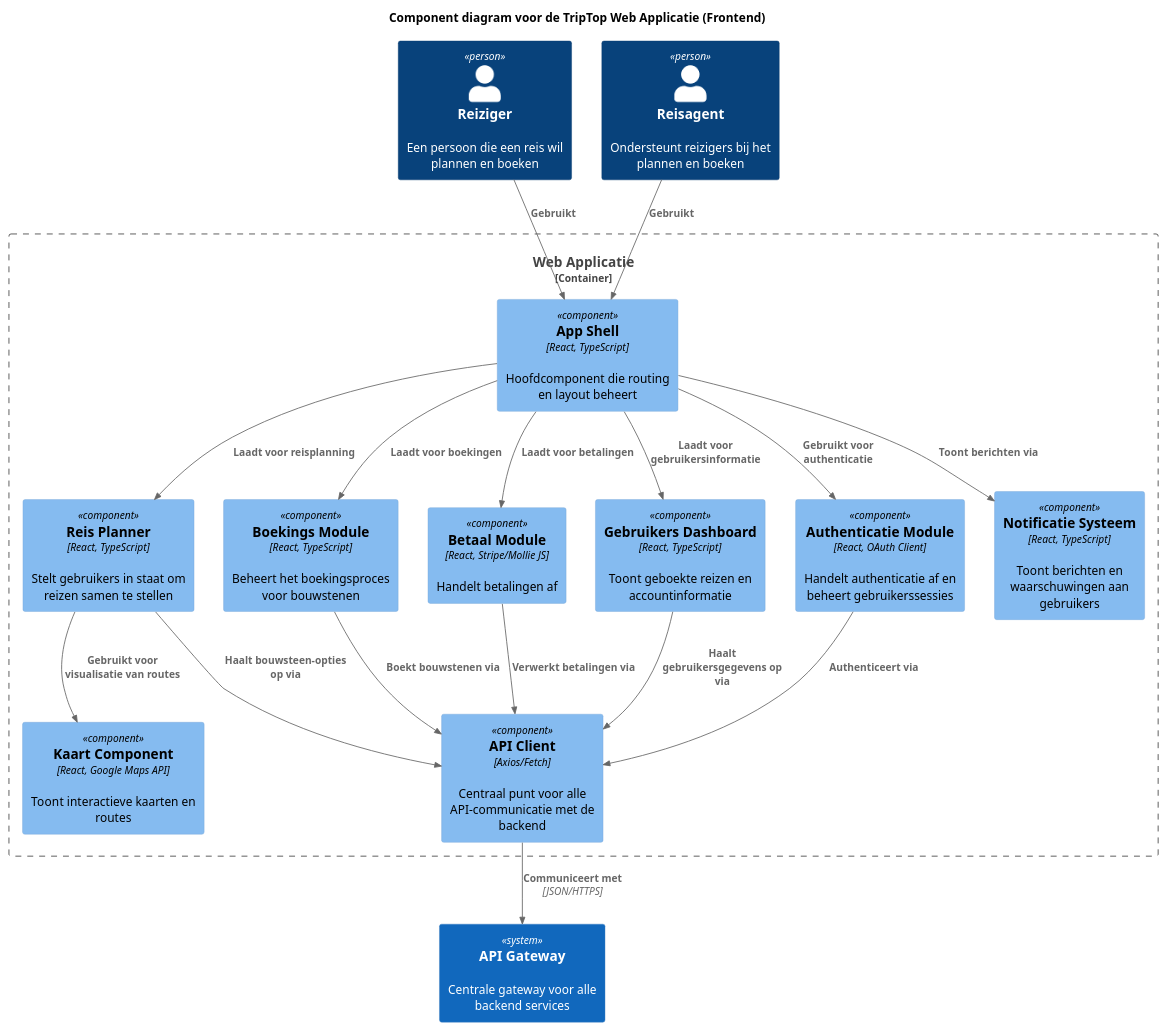
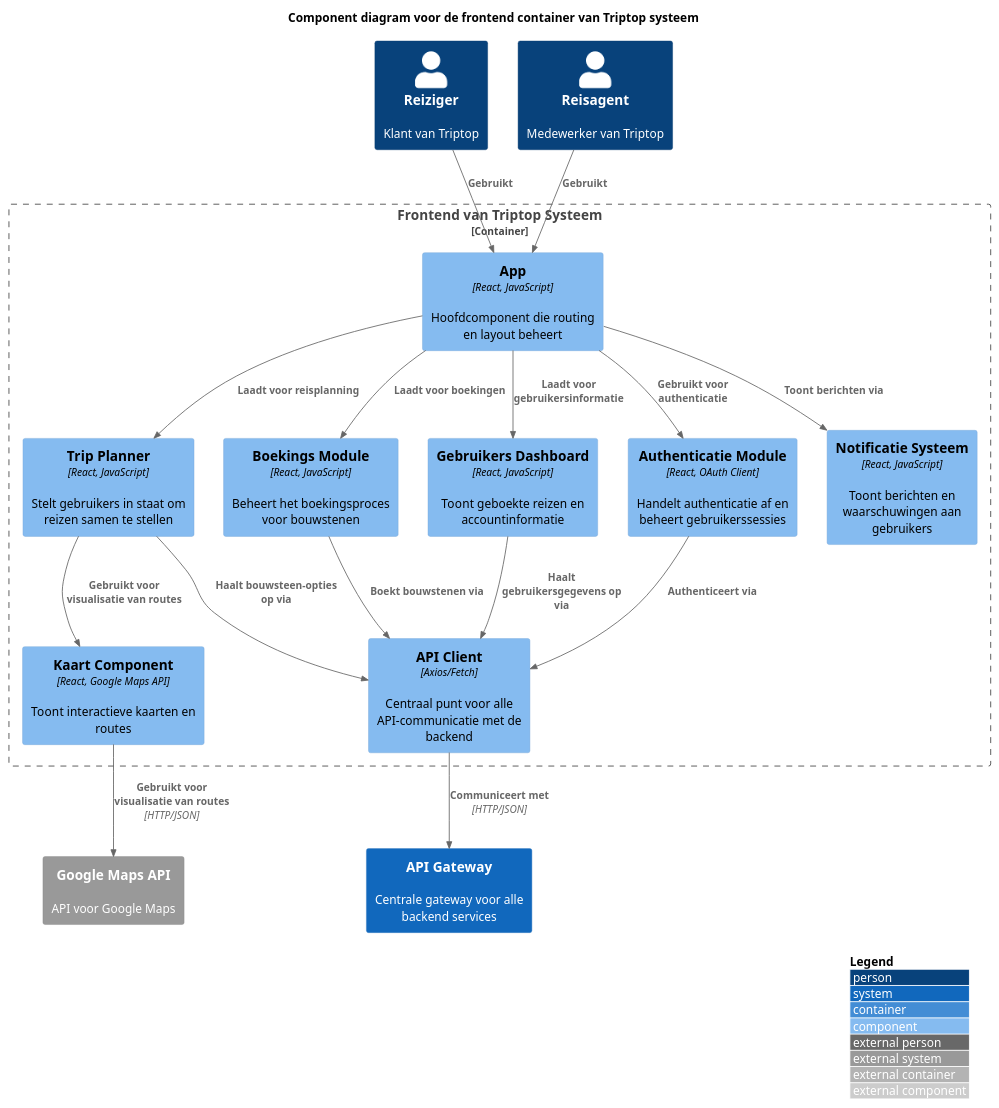
One commit to AIM-ENE-feb25/triptop-groep-b3 changed the diagram in opdracht-diagrammen/component-diagrammen/frontend-component-diagram.puml. Above: the diagram before and after it, drawn with PlantUML. The commit also changed 1 other file, not shown here.

Commit message:
Refactor component diagrams for TripTop by removing the payment service from the backend diagram, updating external system integrations, and enhancing the frontend diagram with improved component descriptions and relationships.

```diff
--- a/opdracht-diagrammen/component-diagrammen/frontend-component-diagram.puml
+++ b/opdracht-diagrammen/component-diagrammen/frontend-component-diagram.puml
@@ -1,52 +1,53 @@
 @startuml Frontend Component Diagram for TripTop
 
 !include <C4/C4>
 !include <C4/C4_Component>
 
-title Component diagram voor de TripTop Web Applicatie (Frontend)
+LAYOUT_WITH_LEGEND()
 
-Container_Boundary(web_app, "Web Applicatie") {
-    Component(app_shell, "App Shell", "React, TypeScript", "Hoofdcomponent die routing en layout beheert")
+title Component diagram voor de frontend container van Triptop systeem
+
+Container_Boundary(web_app, "Frontend van Triptop Systeem") {
+    Component(app_shell, "App", "React, JavaScript", "Hoofdcomponent die routing en layout beheert")
     
     Component(auth_module, "Authenticatie Module", "React, OAuth Client", "Handelt authenticatie af en beheert gebruikerssessies")
     
-    Component(trip_planner, "Reis Planner", "React, TypeScript", "Stelt gebruikers in staat om reizen samen te stellen")
+    Component(trip_planner, "Trip Planner", "React, JavaScript", "Stelt gebruikers in staat om reizen samen te stellen")
     
-    Component(booking_module, "Boekings Module", "React, TypeScript", "Beheert het boekingsproces voor bouwstenen")
-    
-    Component(payment_module, "Betaal Module", "React, Stripe/Mollie JS", "Handelt betalingen af")
-    
-    Component(user_dashboard, "Gebruikers Dashboard", "React, TypeScript", "Toont geboekte reizen en accountinformatie")
+    Component(booking_module, "Boekings Module", "React, JavaScript", "Beheert het boekingsproces voor bouwstenen")
+
+    Component(user_dashboard, "Gebruikers Dashboard", "React, JavaScript", "Toont geboekte reizen en accountinformatie")
     
     Component(map_component, "Kaart Component", "React, Google Maps API", "Toont interactieve kaarten en routes")
     
-    Component(notification_system, "Notificatie Systeem", "React, TypeScript", "Toont berichten en waarschuwingen aan gebruikers")
+    Component(notification_system, "Notificatie Systeem", "React, JavaScript", "Toont berichten en waarschuwingen aan gebruikers")
     
     Component(api_client, "API Client", "Axios/Fetch", "Centraal punt voor alle API-communicatie met de backend")
 }
 
 System(api_gateway, "API Gateway", "Centrale gateway voor alle backend services")
-Person(reiziger, "Reiziger", "Een persoon die een reis wil plannen en boeken")
-Person(reisagent, "Reisagent", "Ondersteunt reizigers bij het plannen en boeken")
+System_Ext(google_maps_api, "Google Maps API", "API voor Google Maps")
+
+Person(reiziger, "Reiziger", "Klant van Triptop")
+Person(reisagent, "Reisagent", "Medewerker van Triptop")
 
 ' Interne relaties
 Rel(app_shell, auth_module, "Gebruikt voor authenticatie")
 Rel(app_shell, trip_planner, "Laadt voor reisplanning")
 Rel(app_shell, booking_module, "Laadt voor boekingen")
-Rel(app_shell, payment_module, "Laadt voor betalingen")
 Rel(app_shell, user_dashboard, "Laadt voor gebruikersinformatie")
 Rel(app_shell, notification_system, "Toont berichten via")
 
 Rel(trip_planner, map_component, "Gebruikt voor visualisatie van routes")
 Rel(trip_planner, api_client, "Haalt bouwsteen-opties op via")
 Rel(booking_module, api_client, "Boekt bouwstenen via")
-Rel(payment_module, api_client, "Verwerkt betalingen via")
 Rel(auth_module, api_client, "Authenticeert via")
 Rel(user_dashboard, api_client, "Haalt gebruikersgegevens op via")
+Rel(map_component, google_maps_api, "Gebruikt voor visualisatie van routes", "HTTP/JSON")
 
 ' Externe relaties
 Rel_D(reiziger, app_shell, "Gebruikt")
 Rel_D(reisagent, app_shell, "Gebruikt")
-Rel_D(api_client, api_gateway, "Communiceert met", "JSON/HTTPS")
+Rel_D(api_client, api_gateway, "Communiceert met", "HTTP/JSON")
 
 @enduml 
```
